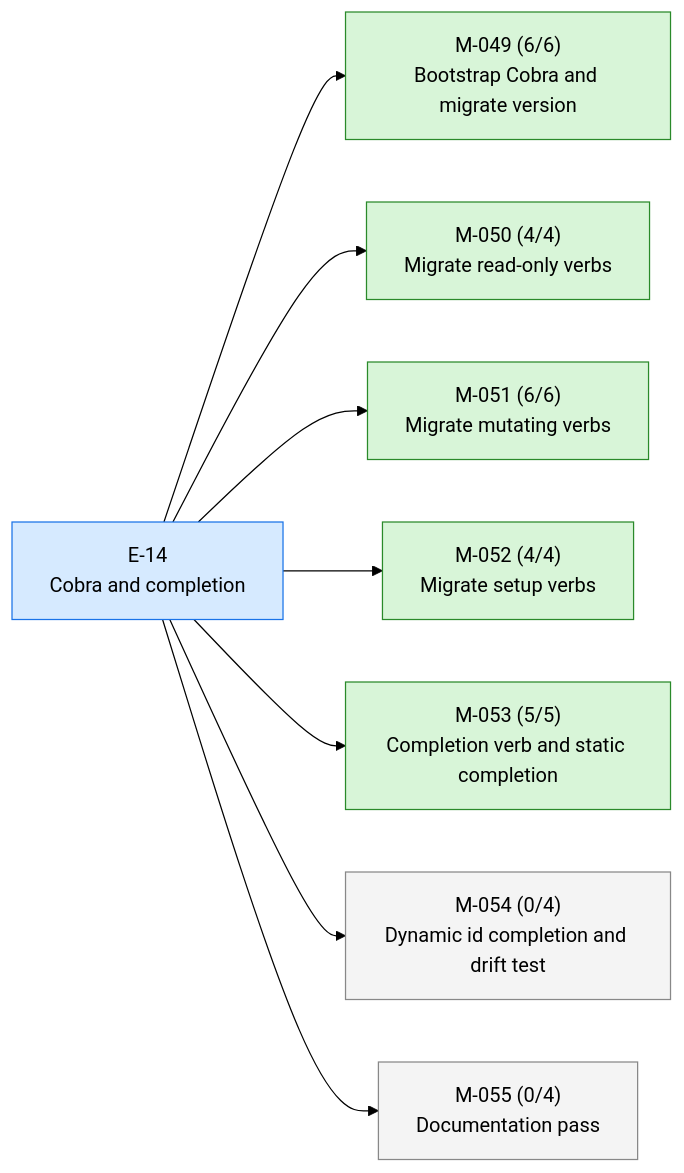
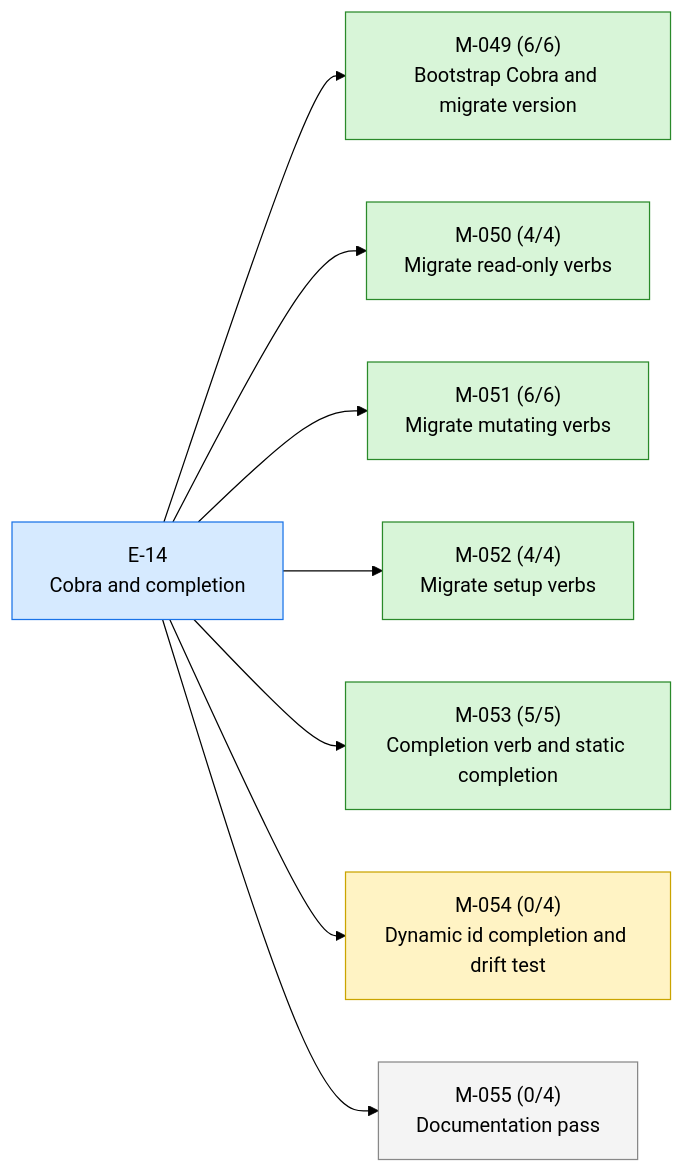
One commit to 23min/aiwf changed the first of 2 diagrams in STATUS.md. Above: the diagram before and after it, drawn with Mermaid (forest theme). The commit also changed other lines of this file and 1 other file, not shown here.

First line of the commit message:
aiwf promote M-054 draft -> in_progress

````diff
--- a/STATUS.md
+++ b/STATUS.md
@@ -17,24 +17,24 @@
 ```mermaid
 flowchart LR
   E_14["E-14<br/>Cobra and completion"]:::epic_active
   M_049["M-049 (6/6)<br/>Bootstrap Cobra and migrate version"]:::ms_done
   E_14 --> M_049
   M_050["M-050 (4/4)<br/>Migrate read-only verbs"]:::ms_done
   E_14 --> M_050
   M_051["M-051 (6/6)<br/>Migrate mutating verbs"]:::ms_done
   E_14 --> M_051
   M_052["M-052 (4/4)<br/>Migrate setup verbs"]:::ms_done
   E_14 --> M_052
   M_053["M-053 (5/5)<br/>Completion verb and static completion"]:::ms_done
   E_14 --> M_053
-  M_054["M-054 (0/4)<br/>Dynamic id completion and drift test"]:::ms_draft
+  M_054["M-054 (0/4)<br/>Dynamic id completion and drift test"]:::ms_in_progress
   E_14 --> M_054
   M_055["M-055 (0/4)<br/>Documentation pass"]:::ms_draft
   E_14 --> M_055
   classDef epic_active fill:#d6eaff,stroke:#1a73e8,color:#000
   classDef epic_proposed fill:#f4f4f4,stroke:#888,color:#000
   classDef ms_done fill:#d8f5d8,stroke:#2a8a2a,color:#000
   classDef ms_in_progress fill:#fff3c4,stroke:#caa400,color:#000
   classDef ms_draft fill:#f4f4f4,stroke:#888,color:#000
   classDef ms_cancelled fill:#fbeaea,stroke:#c33,color:#000
 ```
````
